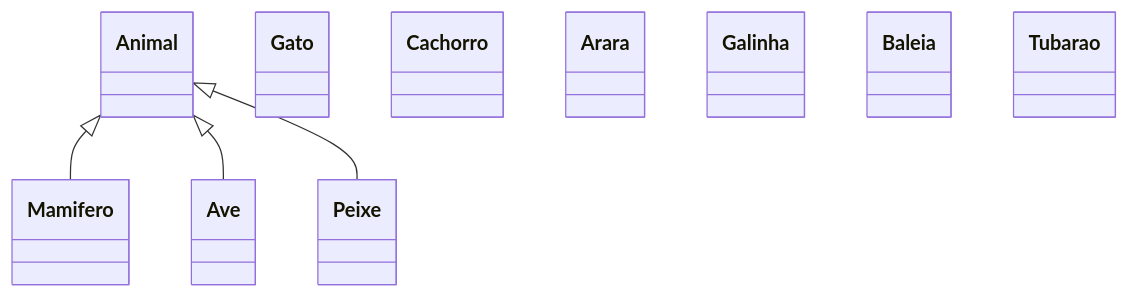
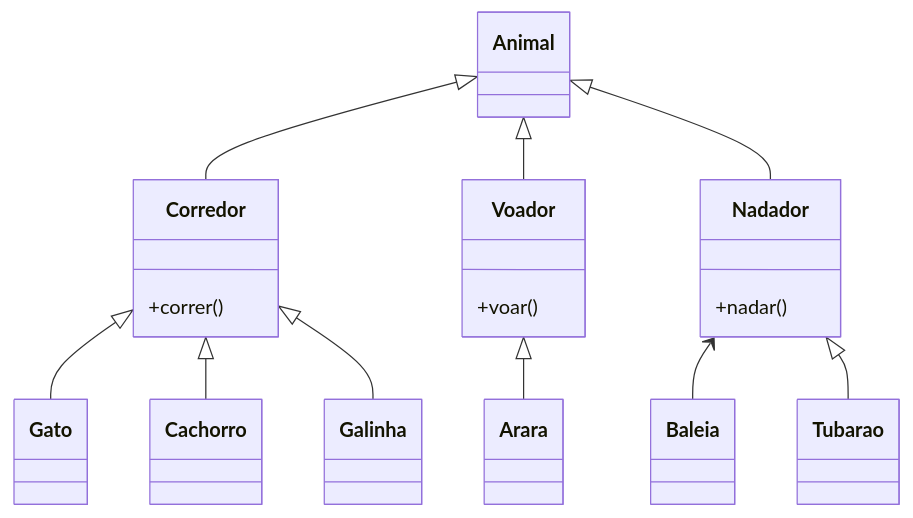
Before and after one commit to gustavo-cordova/POO-2026: the fourth of 4 diagrams in projeto-11-05/Readme.md, drawn with Mermaid. The commit also changed 2 other files, not shown here.

Commit message:
typecast

````diff
--- a/projeto-11-05/Readme.md
+++ b/projeto-11-05/Readme.md
@@ -98,50 +98,57 @@
 ```mermaid
 classDiagram
     
     class Animal{
         
     }
     
-    class Mamifero{
+    class Corredor{
+        +correr()
         
     }
     
-    class Ave{
-        
+    class Voador{
+        +voar()
     }
     
-    class Peixe{
-        
+    class Nadador{
+        +nadar()
     }
     
     class Gato{
         
     }
     
     class Cachorro{
         
     }
     
     class Arara{
         
     }
     
     class Galinha{
         
     }
     
     class Baleia{
         
     }
     
     class Tubarao{
         
     }
     
-    Animal<|--Mamifero
-    Animal<|--Ave
-    Animal<|--Peixe
+    Animal<|--Corredor
+    Animal<|--Voador
+    Animal<|--Nadador
+    Corredor<|--Gato
+    Corredor<|--Cachorro
+    Nadador<--Baleia
+    Voador<|--Arara
+    Corredor<|--Galinha
+    Nadador<|--Tubarao
     
     
     
 ```
````
